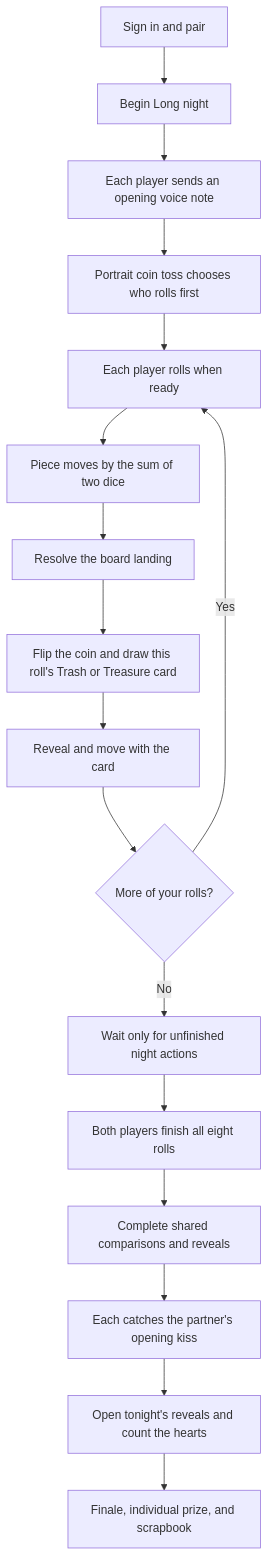
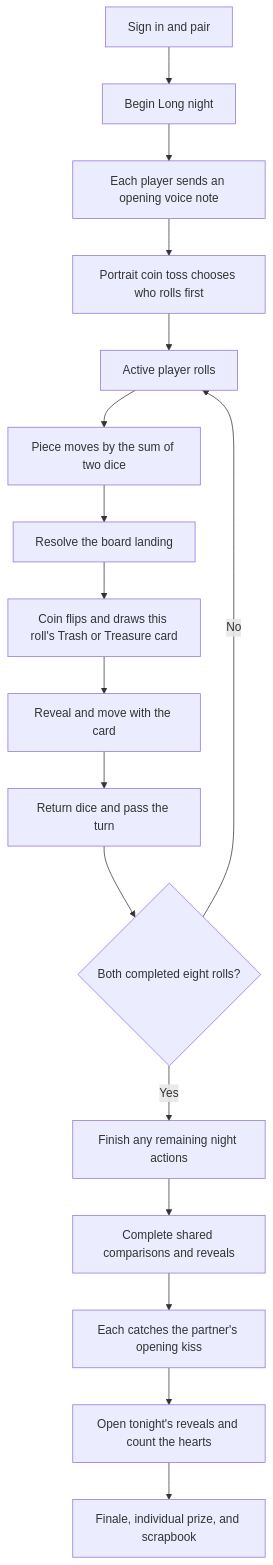
Before and after one commit to Kmberry1989/At-Long-Last: the diagram in docs/PLAYER_GAME_FLOW_MANUAL.md, drawn with Mermaid. The commit also changed other lines of this file and 950 other files, not shown here.

````diff
--- a/docs/PLAYER_GAME_FLOW_MANUAL.md
+++ b/docs/PLAYER_GAME_FLOW_MANUAL.md
@@ -19,19 +19,19 @@
 ```mermaid
 flowchart TD
     A[Sign in and pair] --> B[Begin Long night]
     B --> C[Each player sends an opening voice note]
     C --> D[Portrait coin toss chooses who rolls first]
-    D --> E[Each player rolls when ready]
+    D --> E[Active player rolls]
     E --> F[Piece moves by the sum of two dice]
     F --> G[Resolve the board landing]
-    G --> H[Flip the coin and draw this roll's Trash or Treasure card]
+    G --> H[Coin flips and draws this roll's Trash or Treasure card]
     H --> I[Reveal and move with the card]
-    I --> J{More of your rolls?}
-    J -->|Yes| E
-    J -->|No| K[Wait only for unfinished night actions]
-    K --> L[Both players finish all eight rolls]
+    I --> J[Return dice and pass the turn]
+    J --> K{Both completed eight rolls?}
+    K -->|No| E
+    K -->|Yes| L[Finish any remaining night actions]
     L --> M[Complete shared comparisons and reveals]
     M --> N[Each catches the partner's opening kiss]
     N --> O[Open tonight's reveals and count the hearts]
     O --> P[Finale, individual prize, and scrapbook]
 ```
````
